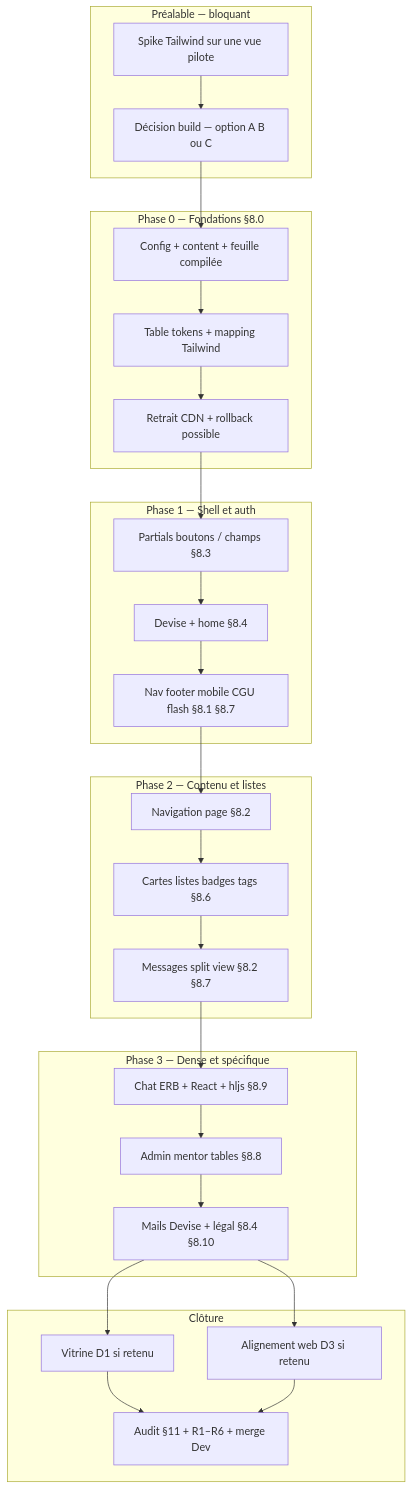
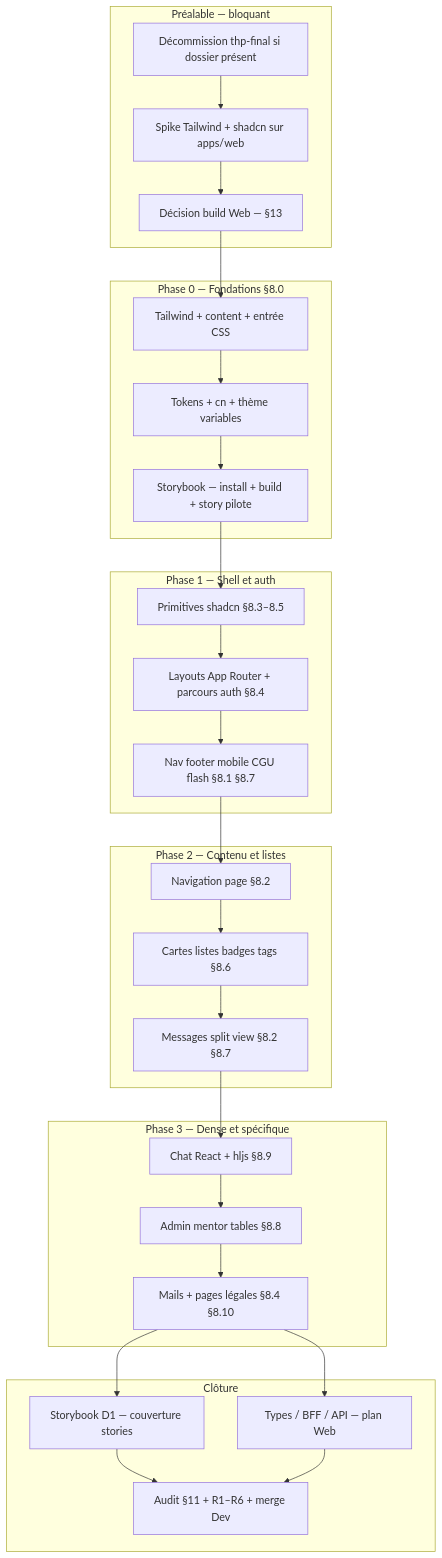
One commit to AllAboard-THP/All-Aboard changed the diagram in Docs/plan-integration-kit-ux-allaboard.md. Above: the diagram before and after it, drawn with Mermaid. The commit also changed other lines of this file and 4 other files, not shown here.

````diff
--- a/Docs/plan-integration-kit-ux-allaboard.md
+++ b/Docs/plan-integration-kit-ux-allaboard.md
@@ -59,51 +118,53 @@
 ```mermaid
 flowchart TB
   subgraph pre[Préalable — bloquant]
-    A[Spike Tailwind sur une vue pilote]
-    B[Décision build — option A B ou C]
+    A0[Décommission thp-final si dossier présent]
+    A[Spike Tailwind + shadcn sur apps/web]
+    B[Décision build Web — §13]
+    A0 --> A
     A --> B
   end
 
   subgraph P0[Phase 0 — Fondations §8.0]
-    P0a[Config + content + feuille compilée]
-    P0b[Table tokens + mapping Tailwind]
-    P0c[Retrait CDN + rollback possible]
+    P0a[Tailwind + content + entrée CSS]
+    P0b[Tokens + cn + thème variables]
+    P0c[Storybook — install + build + story pilote]
     P0a --> P0b --> P0c
   end
 
   subgraph P1[Phase 1 — Shell et auth]
-    P1a[Partials boutons / champs §8.3]
-    P1b[Devise + home §8.4]
+    P1a[Primitives shadcn §8.3–8.5]
+    P1b[Layouts App Router + parcours auth §8.4]
     P1c[Nav footer mobile CGU flash §8.1 §8.7]
     P1a --> P1b --> P1c
   end
 
   subgraph P2[Phase 2 — Contenu et listes]
     P2a[Navigation page §8.2]
     P2b[Cartes listes badges tags §8.6]
     P2c[Messages split view §8.2 §8.7]
     P2a --> P2b --> P2c
   end
 
   subgraph P3[Phase 3 — Dense et spécifique]
-    P3a[Chat ERB + React + hljs §8.9]
+    P3a[Chat React + hljs §8.9]
     P3b[Admin mentor tables §8.8]
-    P3c[Mails Devise + légal §8.4 §8.10]
+    P3c[Mails + pages légales §8.4 §8.10]
     P3a --> P3b --> P3c
   end
 
   subgraph fin[Clôture]
-    G[Vitrine D1 si retenu]
-    H[Alignement web D3 si retenu]
+    G[Storybook D1 — couverture stories]
+    H[Types / BFF / API — plan Web]
     I[Audit §11 + R1–R6 + merge Dev]
     P3c --> G
     P3c --> H
     G --> I
     H --> I
   end
 
   B --> P0a
   P0c --> P1a
   P1c --> P2a
   P2c --> P3a
 ```
````
